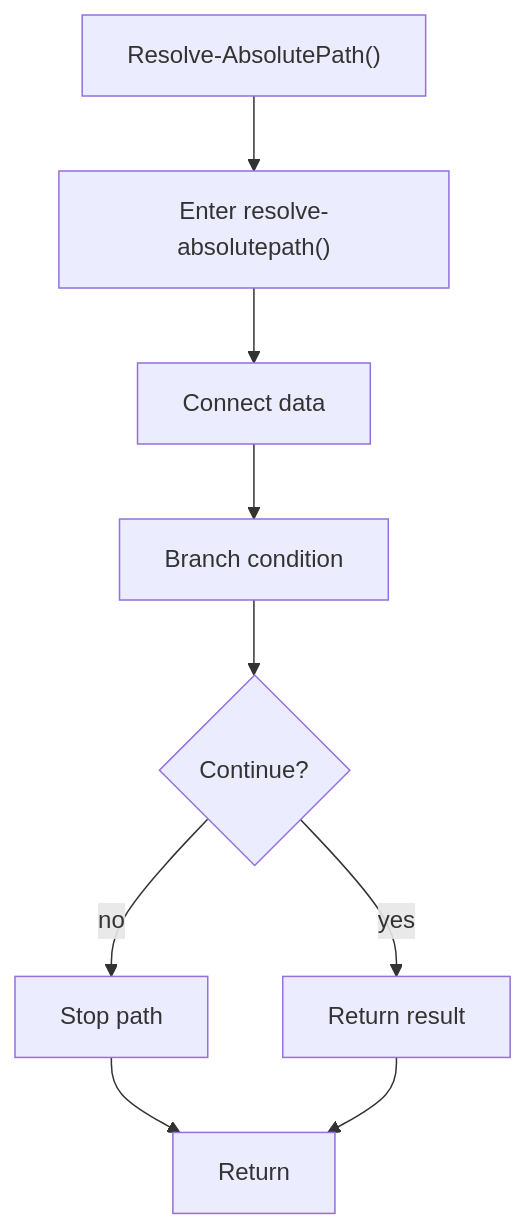
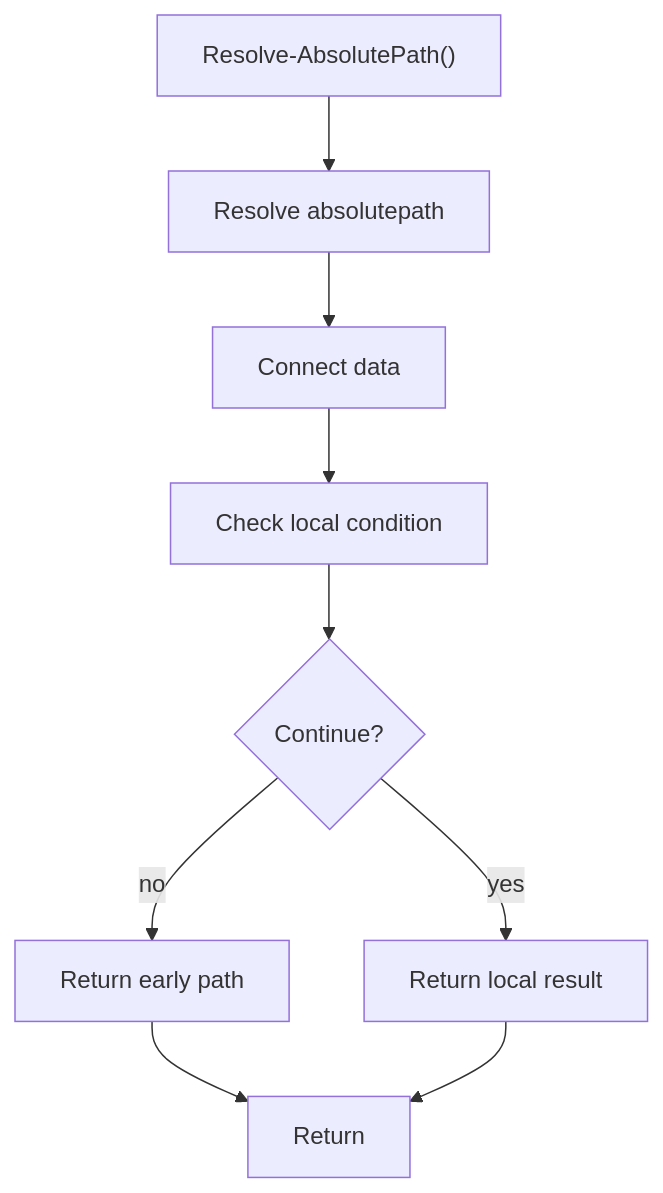
Before and after one commit to JohnAndrewBalbarosa/NeoTerritory: the diagram in docs/Codebase/Infrastructure/session-orchestration/bootstrap_and_deploy/functions/resolve_absolutepath.ps1.md, drawn with Mermaid. The commit also changed other lines of this file and 925 other files, not shown here.

````diff
--- a/docs/Codebase/Infrastructure/session-orchestration/bootstrap_and_deploy/functions/resolve_absolutepath.ps1.md
+++ b/docs/Codebase/Infrastructure/session-orchestration/bootstrap_and_deploy/functions/resolve_absolutepath.ps1.md
@@ -18,19 +18,19 @@
 ```mermaid
 flowchart TD
     Start["Resolve-AbsolutePath()"]
-    N0["Enter resolve-absolutepath()"]
+    N0["Resolve absolutepath"]
     N1["Connect data"]
-    N2["Branch condition"]
+    N2["Check local condition"]
     D2{"Continue?"}
-    R2["Stop path"]
-    N3["Return result"]
+    R2["Return early path"]
+    N3["Return local result"]
     End["Return"]
     Start --> N0
     N0 --> N1
     N1 --> N2
     N2 --> D2
     D2 -->|yes| N3
     D2 -->|no| R2
     R2 --> End
     N3 --> End
 ```
````
